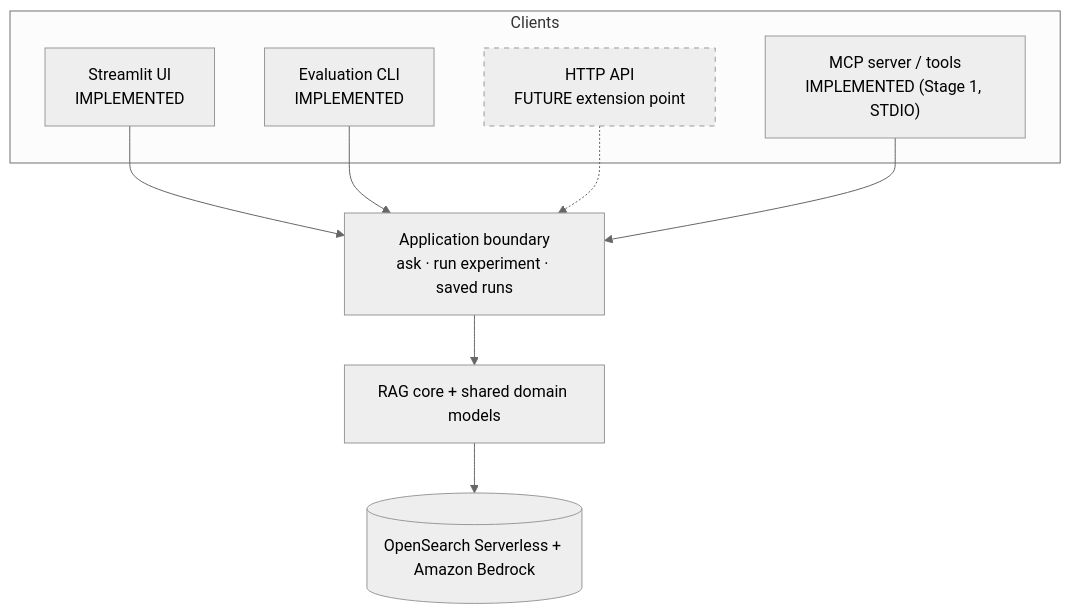
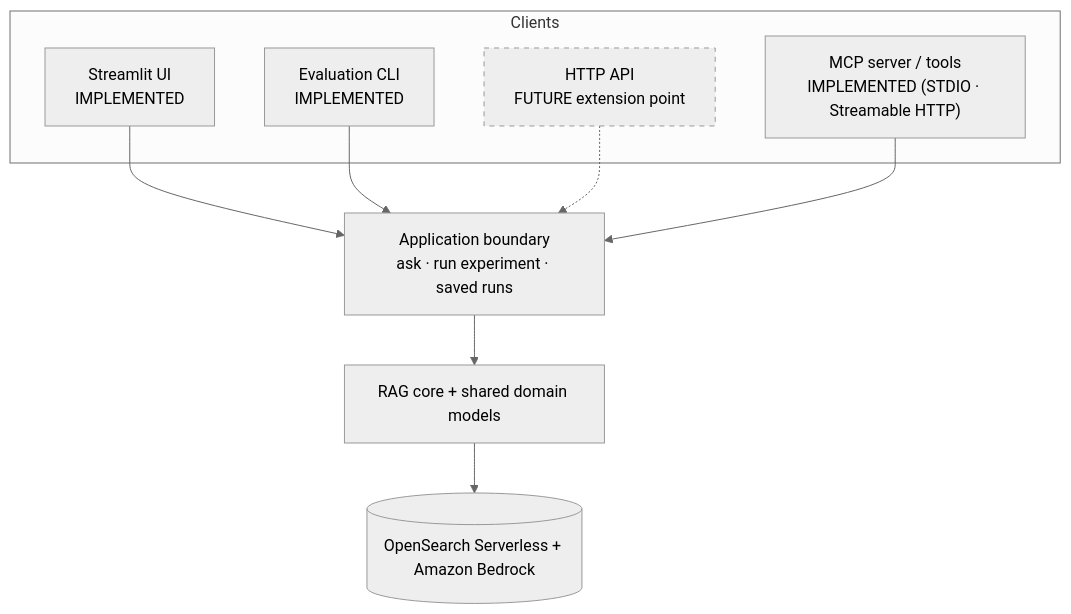
The fifth of 6 diagrams in docs/project-overview.md (mosheostro/Novaops-intelligent-RAG), drawn with Mermaid (neutral theme) before and after one commit. The commit also changed other lines of this file and 15 other files, not shown here.

First line of the commit message:
feat: add MCP Streamable HTTP and dashboard integration

````diff
--- a/docs/project-overview.md
+++ b/docs/project-overview.md
@@ -270,23 +271,23 @@
 ```mermaid
 flowchart TB
     subgraph clients["Clients"]
         st["Streamlit UI<br/>IMPLEMENTED"]
         cli["Evaluation CLI<br/>IMPLEMENTED"]
         api["HTTP API<br/>FUTURE extension point"]
-        mcp["MCP server / tools<br/>IMPLEMENTED (Stage 1, STDIO)"]
+        mcp["MCP server / tools<br/>IMPLEMENTED (STDIO · Streamable HTTP)"]
     end
 
     boundary["Application boundary<br/>ask · run experiment · saved runs"]
     core["RAG core + shared domain models"]
     ext[("OpenSearch Serverless + Amazon Bedrock")]
 
     st --> boundary
     cli --> boundary
     api -.-> boundary
     mcp --> boundary
     boundary --> core
     core --> ext
 
     classDef future stroke-dasharray: 5 5
     class api future
 ```
````
